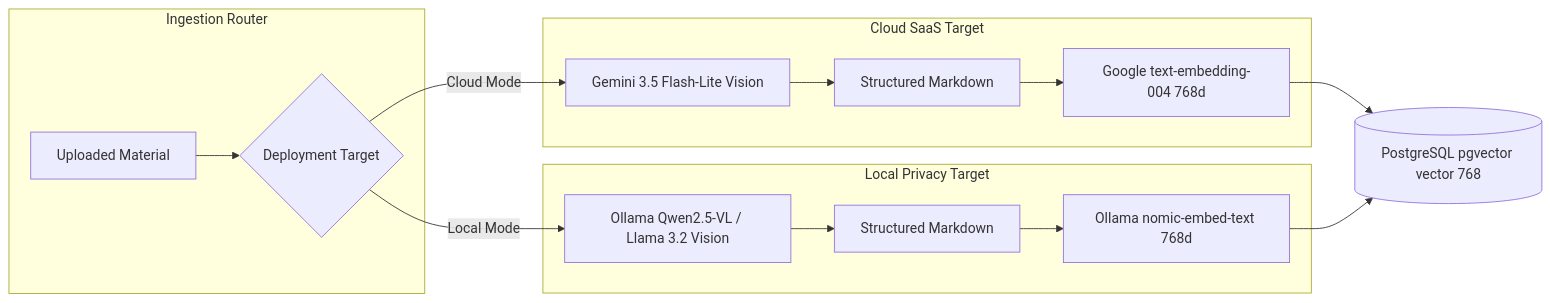
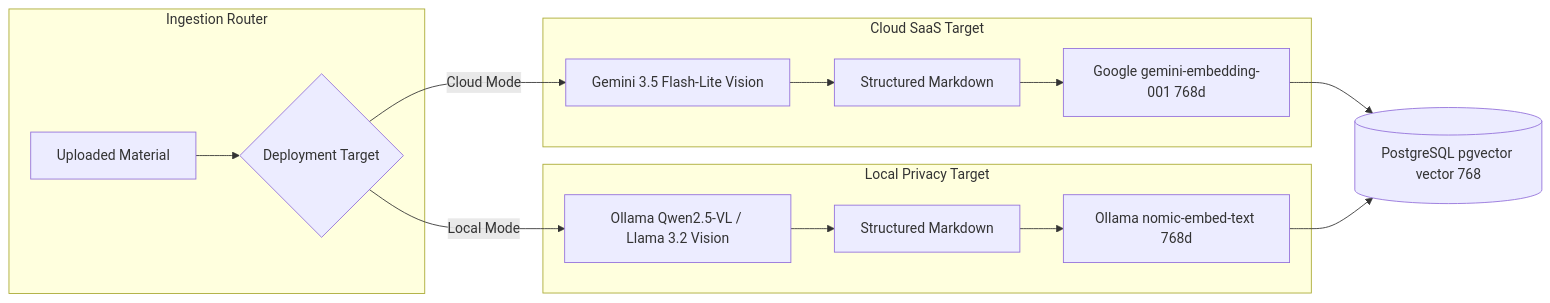
The third of 3 diagrams in docs/research/multimodal-ingestion-pipeline.md (69420pm/ai-learning-support-test), drawn with Mermaid before and after one commit. The commit also changed other lines of this file and 16 other files, not shown here.

````diff
--- a/docs/research/multimodal-ingestion-pipeline.md
+++ b/docs/research/multimodal-ingestion-pipeline.md
@@ -187,21 +188,21 @@
 ```mermaid
 flowchart LR
     subgraph Ingestion Router
         Doc[Uploaded Material] --> Detect{Deployment Target}
     end
 
     subgraph Cloud SaaS Target
         Detect -->|Cloud Mode| G_VLM[Gemini 3.5 Flash-Lite Vision]
         G_VLM --> G_MD[Structured Markdown]
-        G_MD --> G_EMB[Google text-embedding-004 768d]
+        G_MD --> G_EMB[Google gemini-embedding-001 768d]
     end
 
     subgraph Local Privacy Target
         Detect -->|Local Mode| L_VLM[Ollama Qwen2.5-VL / Llama 3.2 Vision]
         L_VLM --> L_MD[Structured Markdown]
         L_MD --> L_EMB[Ollama nomic-embed-text 768d]
     end
 
     G_EMB --> DB[(PostgreSQL pgvector vector 768)]
     L_EMB --> DB
 ```
````
